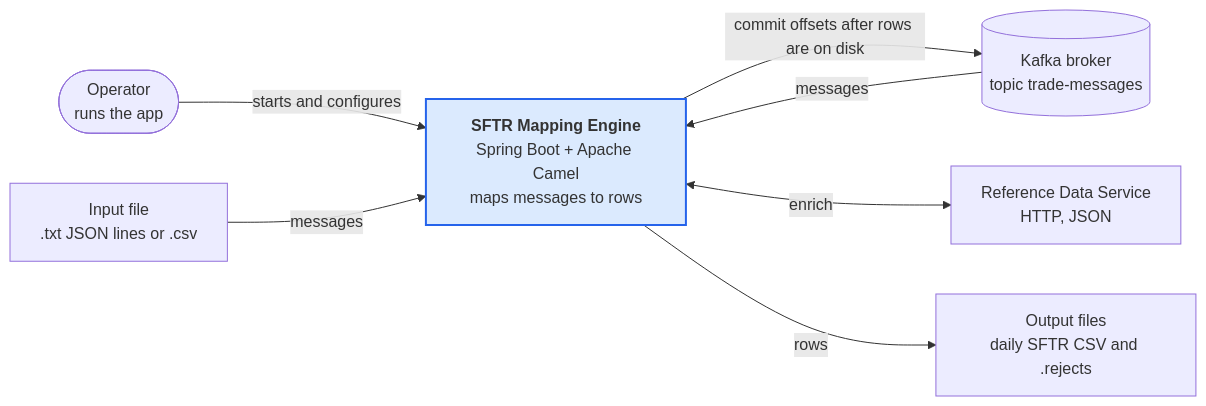
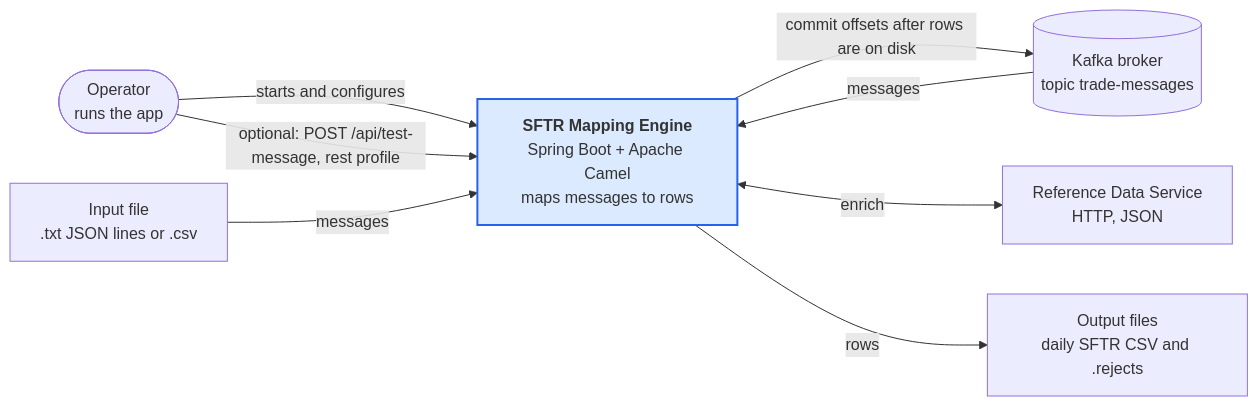
Before and after one commit to shanregs/msg-transformer: the first of 9 diagrams in docs/c4-architecture.md, drawn with Mermaid. The commit also changed other lines of this file and 8 other files, not shown here.

First line of the commit message:
Add optional POST /api/test-message (rest profile) and keep the app alive with the Camel run controller

````diff
--- a/docs/c4-architecture.md
+++ b/docs/c4-architecture.md
@@ -9,11 +9,12 @@
 ```mermaid
 flowchart LR
     op(["Operator<br/>runs the app"]) -->|starts and configures| engine
+    op -->|optional: POST /api/test-message, rest profile| engine
     kafka[("Kafka broker<br/>topic trade-messages")] -->|messages| engine
     engine -->|commit offsets after rows are on disk| kafka
     file["Input file<br/>.txt JSON lines or .csv"] -->|messages| engine
     engine["<b>SFTR Mapping Engine</b><br/>Spring Boot + Apache Camel<br/>maps messages to rows"] <-->|enrich| ref["Reference Data Service<br/>HTTP, JSON"]
     engine -->|rows| out["Output files<br/>daily SFTR CSV and .rejects"]
 
     style engine fill:#dbeafe,stroke:#2563eb,stroke-width:2px
 ```
````
